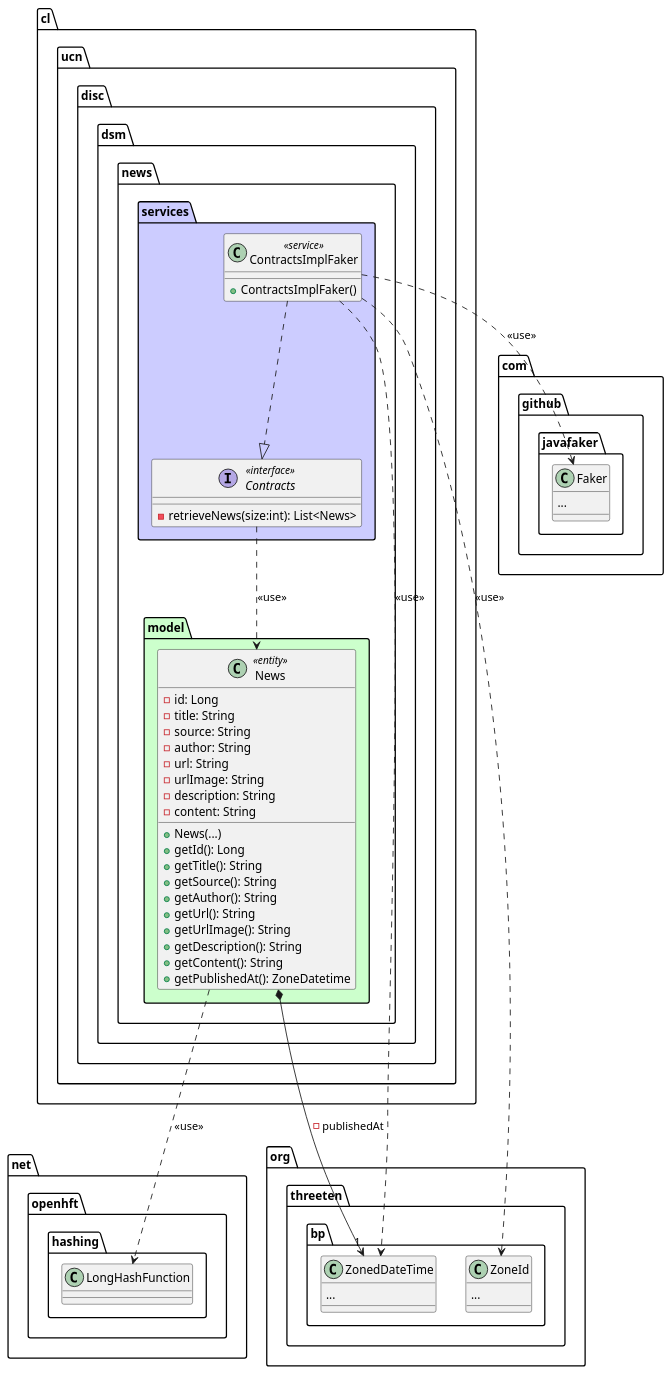
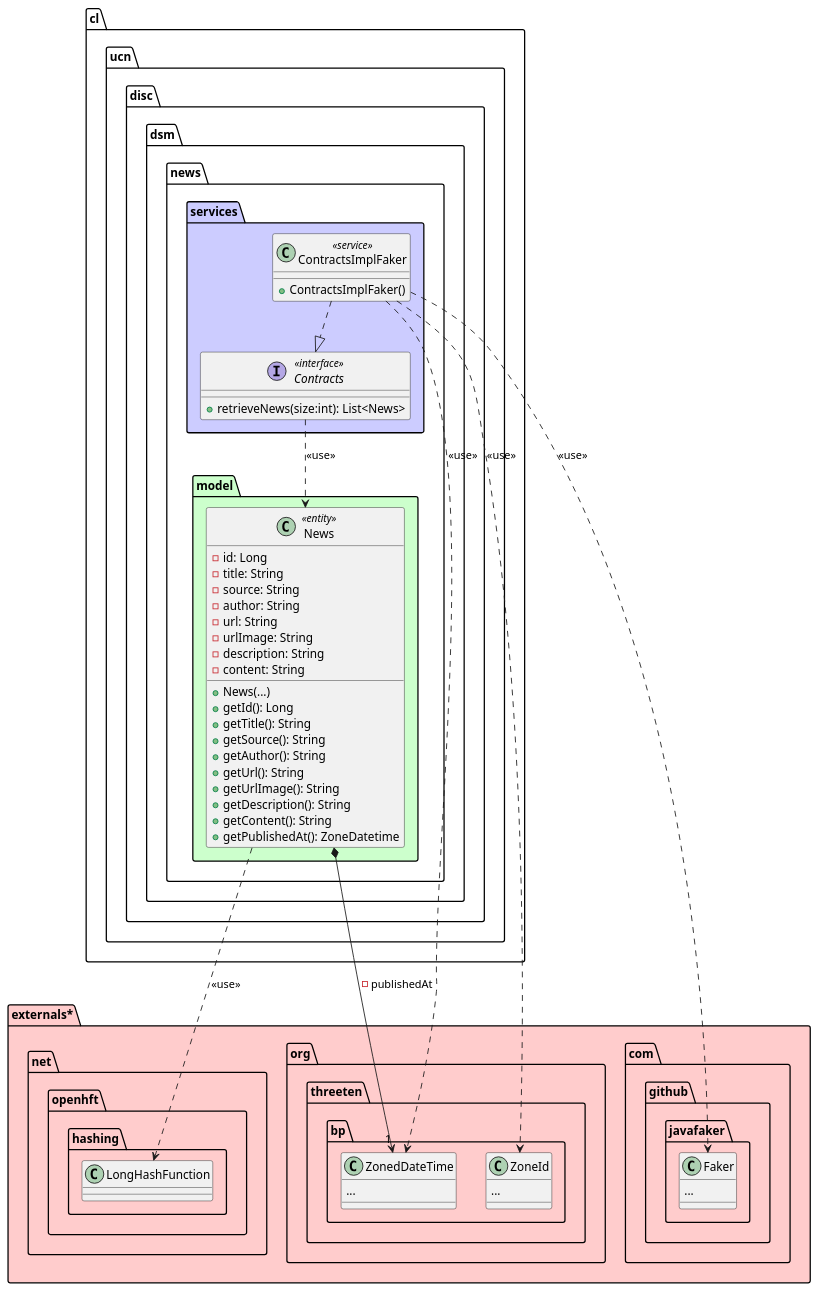
One commit to kaAyabire/News changed the diagram in README.md. Above: the diagram before and after it, drawn with PlantUML. The commit also changed 7 other files, not shown here.

````diff
--- a/README.md
+++ b/README.md
@@ -7,65 +7,67 @@
 ```puml
 @startuml
+package externals* #ffcccc{
+    package org.threeten.bp{
+        class ZonedDateTime{
+            ...
+        }
+        class ZoneId{
+            ...
+        }
+    }
+    package net.openhft.hashing{
+        class LongHashFunction{
+        }
+    }
+    package com.github.javafaker{
+        class Faker{
+            ...
+        }
+    }
 
-package org.threeten.bp{
-    class ZonedDateTime{
-        ...
-    }
-    class ZoneId{
-        ...
-    }
-}
-package net.openhft.hashing{
-    class LongHashFunction{
-    }
-}
-package com.github.javafaker{
-    class Faker{
-        ...
-    }
 }
 
 package cl.ucn.disc.dsm.news{
     package model #ccffcc {
     
         class News <<entity>>{
             - id: Long
             - title: String
             - source: String
             - author: String
             - url: String
             - urlImage: String
             - description: String
             - content: String
             + News(...)
             + getId(): Long
             + getTitle(): String
             + getSource(): String
             + getAuthor(): String
             + getUrl(): String
             + getUrlImage(): String
             + getDescription(): String
             + getContent(): String
             + getPublishedAt(): ZoneDatetime
         }
         News *--> "1" ZonedDateTime: - publishedAt
         News ..> LongHashFunction: <<use>>
     }
     
     package services #ccccff{
         interface Contracts <<interface>>{
-            - retrieveNews(size:int): List<News>
+            + retrieveNews(size:int): List<News>
         }
         Contracts ..> News : <<use>>
         
         class ContractsImplFaker <<service>> {
             + ContractsImplFaker()    
         }
         ContractsImplFaker ..|> Contracts
         ContractsImplFaker ..> ZonedDateTime : <<use>>
         ContractsImplFaker ..> ZoneId : <<use>>
         ContractsImplFaker ..> Faker : <<use>>
     }
 }
 @enduml
 ```
````
